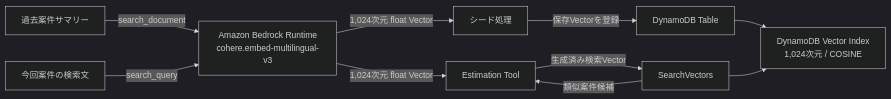
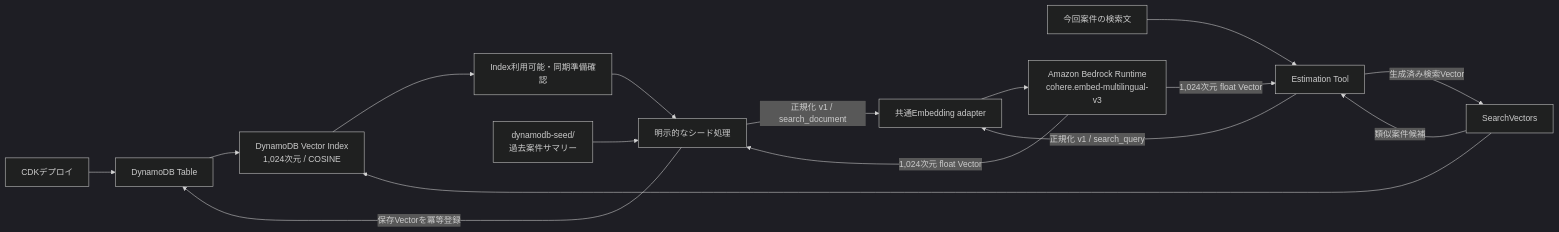
The diagram in docs/ADR/adr-0007-use-bedrock-cohere-multilingual-embeddings-for-dynamodb-vector-search.md (rafty/OpenAIAgentCore-base), drawn with Mermaid (dark theme) before and after one commit. The commit also changed other lines of this file and 1 other file, not shown here.

First line of the commit message:
docs(sdd): DynamoDB見積PoCの未確定要件とEmbedding運用方針を確定

````diff
--- a/docs/ADR/adr-0007-use-bedrock-cohere-multilingual-embeddings-for-dynamodb-vector-search.md
+++ b/docs/ADR/adr-0007-use-bedrock-cohere-multilingual-embeddings-for-dynamodb-vector-search.md
@@ -72,12 +88,18 @@
 ```mermaid
 flowchart LR
-    SeedText["過去案件サマリー"] -->|"search_document"| Bedrock["Amazon Bedrock Runtime<br/>cohere.embed-multilingual-v3"]
-    QueryText["今回案件の検索文"] -->|"search_query"| Bedrock
-    Bedrock -->|"1,024次元 float Vector"| Seed["シード処理"]
-    Bedrock -->|"1,024次元 float Vector"| Tool["Estimation Tool"]
-    Seed -->|"保存Vectorを登録"| Table["DynamoDB Table"]
+    Deploy["CDKデプロイ"] --> Table["DynamoDB Table"]
     Table --> Index["DynamoDB Vector Index<br/>1,024次元 / COSINE"]
+    Index --> Ready["Index利用可能・同期準備確認"]
+    SeedText["dynamodb-seed/<br/>過去案件サマリー"] --> Seed["明示的なシード処理"]
+    Ready --> Seed
+    Seed -->|"正規化 v1 / search_document"| Adapter["共通Embedding adapter"]
+    QueryText["今回案件の検索文"] --> Tool["Estimation Tool"]
+    Tool -->|"正規化 v1 / search_query"| Adapter
+    Adapter --> Bedrock["Amazon Bedrock Runtime<br/>cohere.embed-multilingual-v3"]
+    Bedrock -->|"1,024次元 float Vector"| Seed
+    Bedrock -->|"1,024次元 float Vector"| Tool
+    Seed -->|"保存Vectorを冪等登録"| Table
     Tool -->|"生成済み検索Vector"| Search["SearchVectors"]
     Search --> Index
     Search -->|"類似案件候補"| Tool
 ```
````
